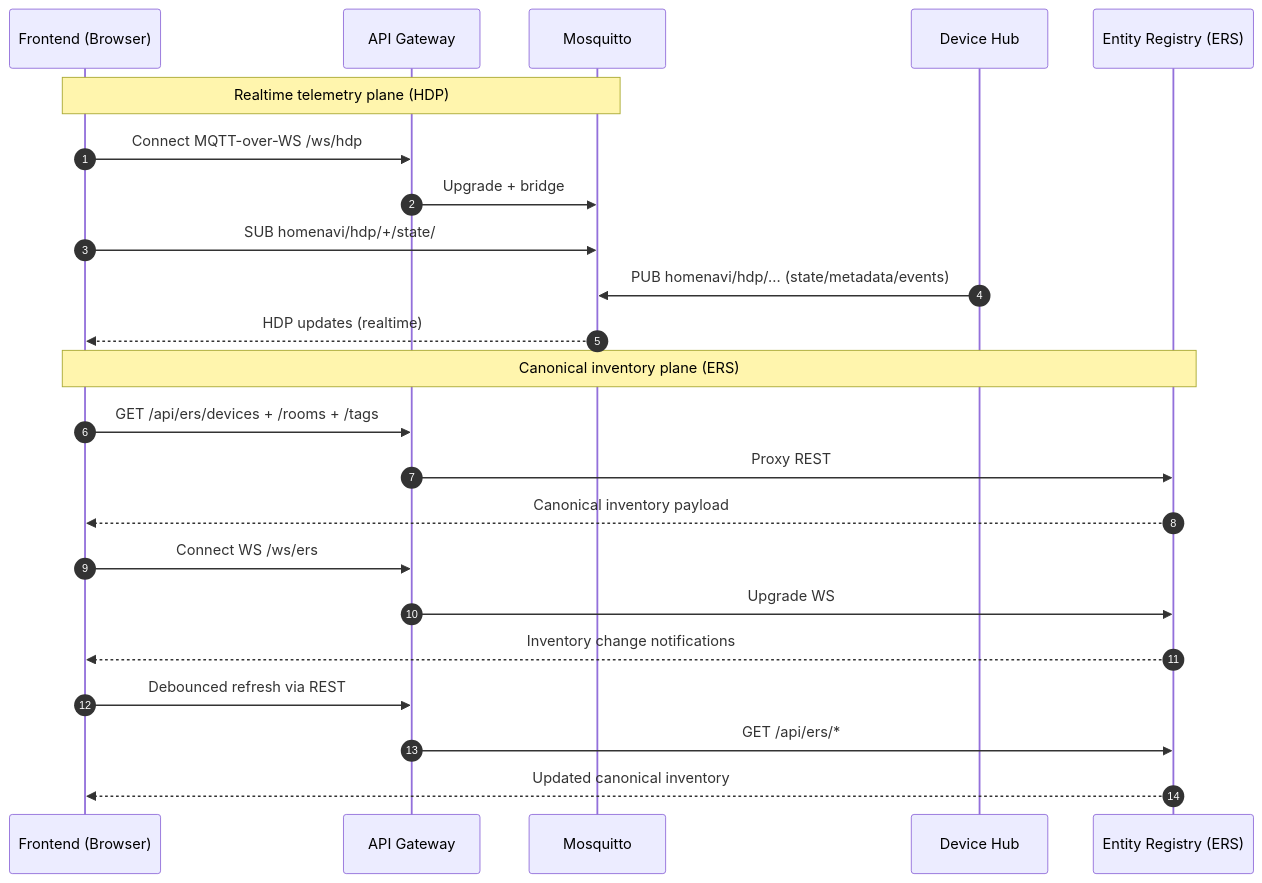
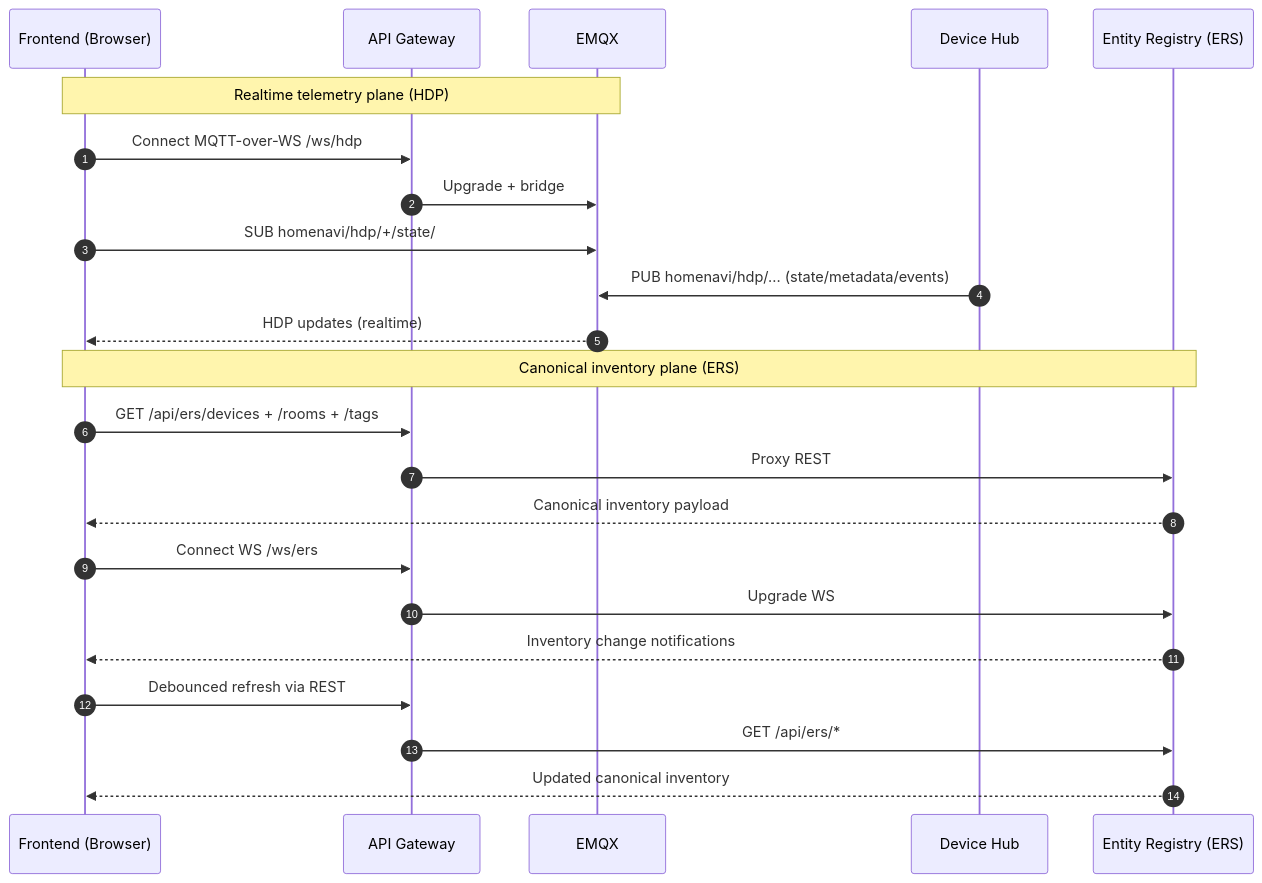
One commit to PetoAdam/homenavi changed the second of 2 diagrams in doc/architecture_diagram.md. Above: the diagram before and after it, drawn with Mermaid. The commit also changed other lines of this file and 119 other files, not shown here.

````diff
--- a/doc/architecture_diagram.md
+++ b/doc/architecture_diagram.md
@@ -144,28 +146,28 @@
 ```mermaid
 sequenceDiagram
   autonumber
   participant UI as Frontend (Browser)
   participant GW as API Gateway
-  participant MQTT as Mosquitto
+  participant MQTT as EMQX
   participant DH as Device Hub
   participant ERS as Entity Registry (ERS)
 
   note over UI,MQTT: Realtime telemetry plane (HDP)
   UI->>GW: Connect MQTT-over-WS /ws/hdp
   GW->>MQTT: Upgrade + bridge
   UI->>MQTT: SUB homenavi/hdp/+/state/# (etc.)
   DH->>MQTT: PUB homenavi/hdp/... (state/metadata/events)
   MQTT-->>UI: HDP updates (realtime)
 
   note over UI,ERS: Canonical inventory plane (ERS)
   UI->>GW: GET /api/ers/devices + /rooms + /tags
   GW->>ERS: Proxy REST
   ERS-->>UI: Canonical inventory payload
 
   UI->>GW: Connect WS /ws/ers
   GW->>ERS: Upgrade WS
   ERS-->>UI: Inventory change notifications
   UI->>GW: Debounced refresh via REST
   GW->>ERS: GET /api/ers/*
   ERS-->>UI: Updated canonical inventory
 ```
````
